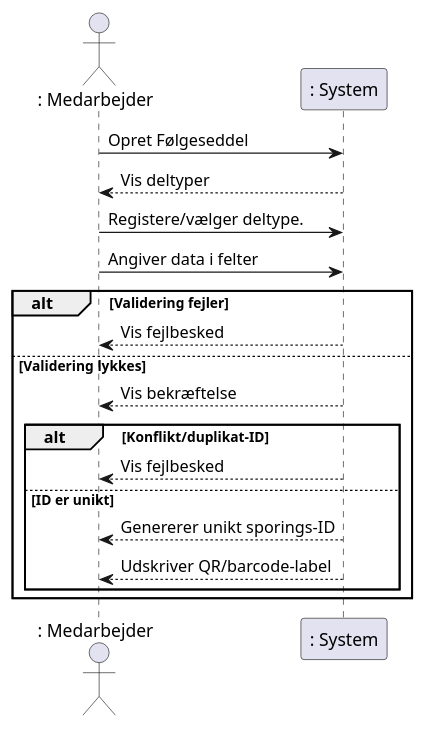
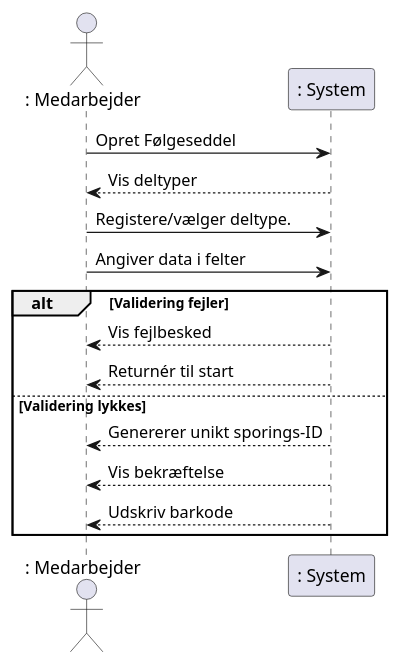
Before and after one commit to marsbo04/budweg: the diagram in uml_artifacts/uc1_ssd.puml, drawn with PlantUML.

Commit message:
Fixed logic to align with UC1

```diff
--- a/uml_artifacts/uc1_ssd.puml
+++ b/uml_artifacts/uc1_ssd.puml
@@ -1,20 +1,17 @@
 @startuml SSD
 actor ": Medarbejder" as Medarbejder
 participant ": System" as System
 
 Medarbejder -> System: Opret Følgeseddel
 Medarbejder <-- System: Vis deltyper
 Medarbejder -> System: Registere/vælger deltype.
 Medarbejder -> System: Angiver data i felter
 alt Validering fejler
     System --> Medarbejder: Vis fejlbesked
+    System --> Medarbejder: Returnér til start
 else Validering lykkes
+    System --> Medarbejder: Genererer unikt sporings-ID
     System --> Medarbejder: Vis bekræftelse
-    alt Konflikt/duplikat-ID
-        System --> Medarbejder: Vis fejlbesked
-    else ID er unikt
-    System --> Medarbejder: Genererer unikt sporings-ID
-    System --> Medarbejder: Udskriver QR/barcode-label
-    end
+    System --> Medarbejder: Udskriv barkode
 end
 @enduml
```
